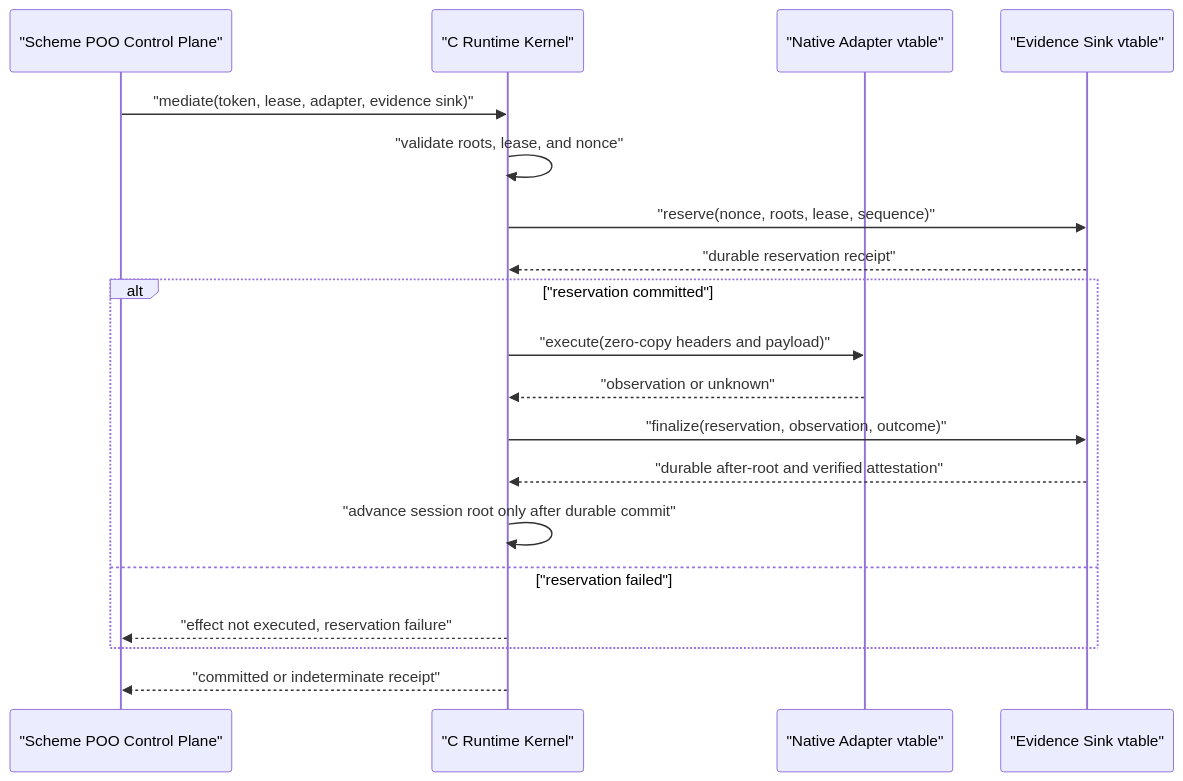
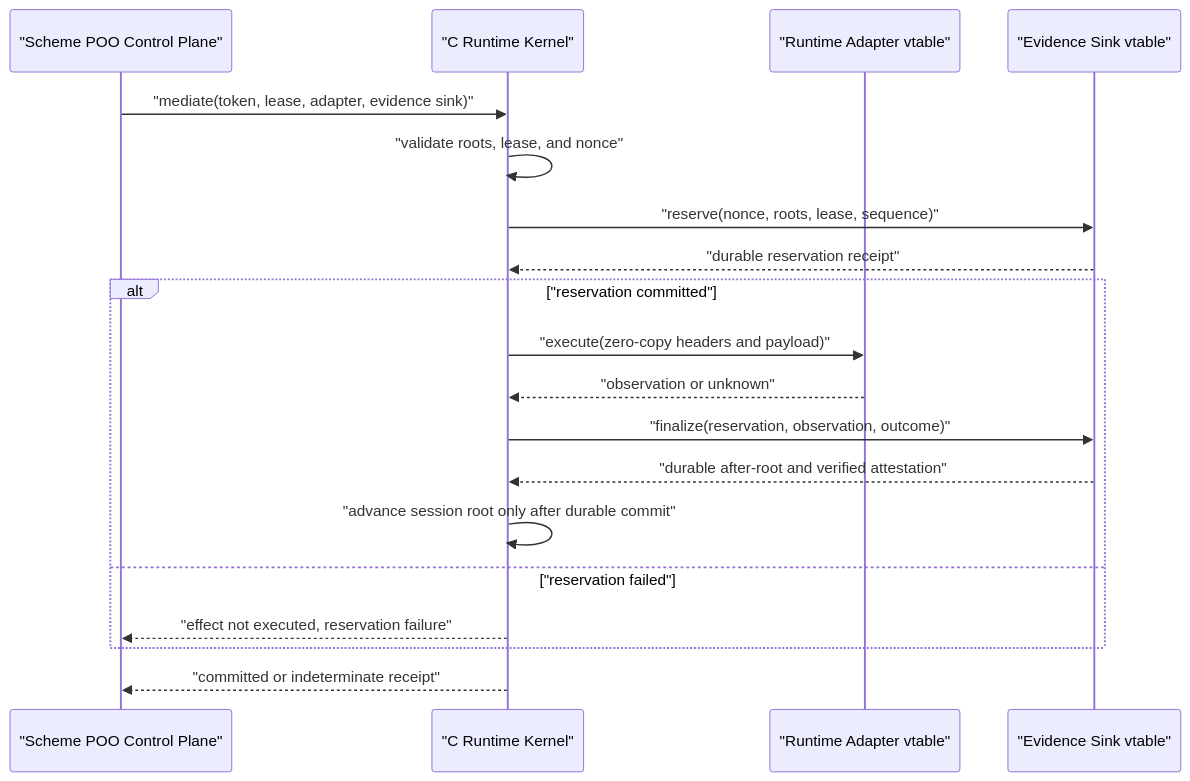
Before and after one commit to tao3k/gebril-yuanxu: the first of 3 diagrams in module-system/design/125-agentic-control-plane-ac08-kernel-evidence-sink-addendum.org, drawn with Mermaid. The commit also changed other lines of this file and 1469 other files, not shown here.

```diff
--- a/module-system/design/125-agentic-control-plane-ac08-kernel-evidence-sink-addendum.org
+++ b/module-system/design/125-agentic-control-plane-ac08-kernel-evidence-sink-addendum.org
@@ -23,21 +23,21 @@
 #+begin_src mermaid
 sequenceDiagram
     participant S as "Scheme POO Control Plane"
     participant K as "C Runtime Kernel"
-    participant A as "Native Adapter vtable"
+    participant A as "Runtime Adapter vtable"
     participant E as "Evidence Sink vtable"
     S->>K: "mediate(token, lease, adapter, evidence sink)"
     K->>K: "validate roots, lease, and nonce"
     K->>E: "reserve(nonce, roots, lease, sequence)"
     E-->>K: "durable reservation receipt"
     alt "reservation committed"
     K->>A: "execute(zero-copy headers and payload)"
     A-->>K: "observation or unknown"
     K->>E: "finalize(reservation, observation, outcome)"
     E-->>K: "durable after-root and verified attestation"
     K->>K: "advance session root only after durable commit"
     else "reservation failed"
     K-->>S: "effect not executed, reservation failure"
     end
     K-->>S: "committed or indeterminate receipt"
 #+end_src
```
